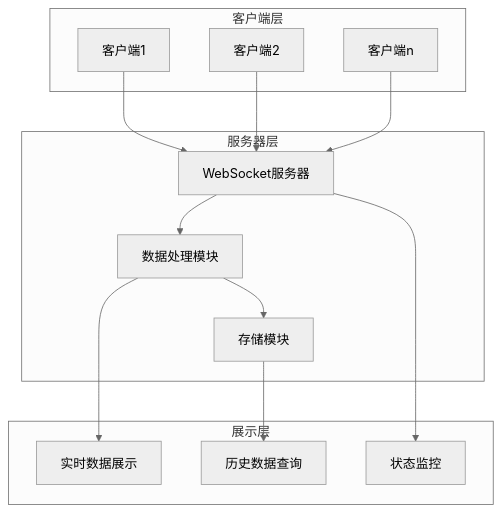
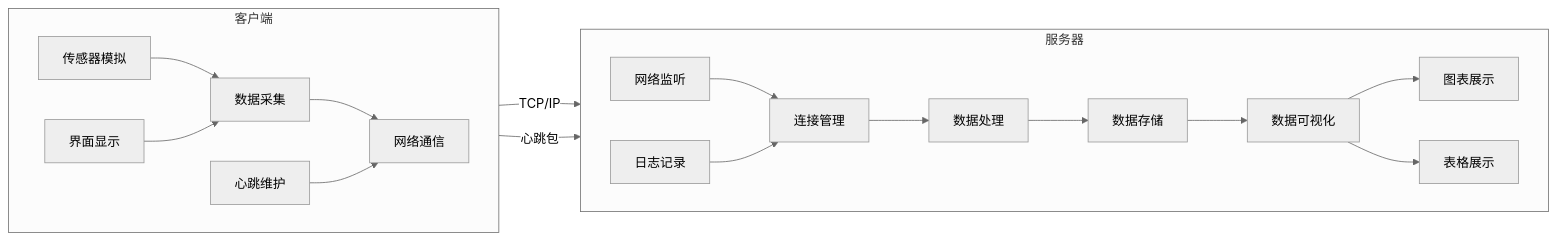
One commit to MakiWinster/Tempre changed the first of 4 diagrams in REPORT.md. Above: the diagram before and after it, drawn with Mermaid (neutral theme). The commit also changed other lines of this file and 34 other files, not shown here.

````diff
--- a/REPORT.md
+++ b/REPORT.md
@@ -45,30 +23,25 @@
 ```mermaid
-graph TB
-    subgraph 客户端层
-        C1[客户端1]
-        C2[客户端2]
-        C3[客户端n]
+graph LR
+    subgraph 客户端
+        direction LR
+        A1[传感器模拟] --> B1[数据采集]
+        B1 --> C1[网络通信]
+        D1[界面显示] --> B1
+        E1[心跳维护] --> C1
     end
     
-    subgraph 服务器层
-        S1[WebSocket服务器]
-        S2[数据处理模块]
-        S3[存储模块]
+    subgraph 服务器
+        direction LR
+        A2[网络监听] --> B2[连接管理]
+        B2 --> C2[数据处理]
+        C2 --> D2[数据存储]
+        D2 --> E2[数据可视化]
+        E2 --> F2[图表展示]
+        E2 --> G2[表格展示]
+        H2[日志记录] --> B2
     end
     
-    subgraph 展示层
-        W1[实时数据展示]
-        W2[历史数据查询]
-        W3[状态监控]
-    end
-    
-    C1 --> S1
-    C2 --> S1
-    C3 --> S1
-    
-    S1 --> S2
-    S2 --> S3
-    S2 --> W1
-    S3 --> W2
-    S1 --> W3
+    C1 --TCP/IP--> A2
+    E1 --心跳包--> B2
+
 ```
````
